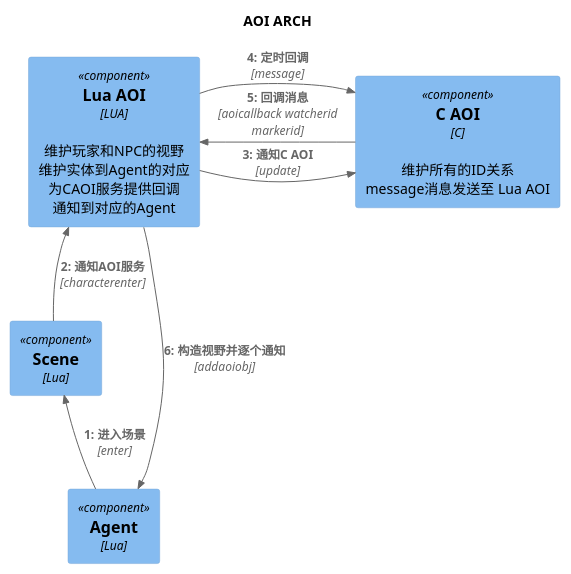
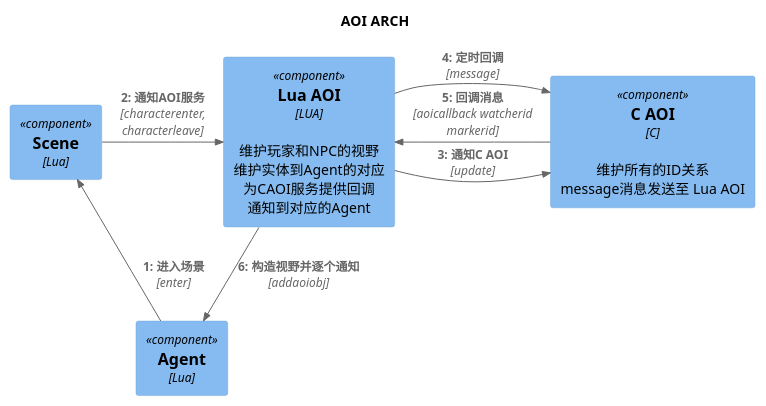
Before and after one commit to Gowa2017/skynetgame: the diagram in lualib-src/skynet-aoi/ARCH.puml, drawn with PlantUML.

Commit message:
aoi arch puml

```diff
--- a/lualib-src/skynet-aoi/ARCH.puml
+++ b/lualib-src/skynet-aoi/ARCH.puml
@@ -1,17 +1,22 @@
 @startuml AOI
 title AOI ARCH
+
+skinparam DefaultFontName WenQuanYi Zen Hei
+skinparam DefaultMonospacedFontName UbuntuMono-R
+
+
 !include C4_Dynamic.puml
 
 Component(aoi, "Lua AOI", "LUA","维护玩家和NPC的视野\n维护实体到Agent的对应\n为CAOI服务提供回调\n通知到对应的Agent")
 Component(caoi, "C AOI", "C","维护所有的ID关系\nmessage消息发送至 Lua AOI")
 Component(scene, "Scene", "Lua")
 Component(agent, "Agent", "Lua")
 
 Rel_U(agent, scene, "进入场景","enter")
-Rel_U(scene, aoi, "通知AOI服务","characterenter")
-Rel_R(aoi, caoi, "通知C AOI","update")
+Rel_Neighbor(scene, aoi, "通知AOI服务","characterenter, characterleave")
+Rel_Neighbor(aoi, caoi, "通知C AOI","update")
 
-Rel_R(aoi,caoi,"定时回调","message")
-Rel_L(caoi,aoi,"回调消息","aoicallback watcherid markerid")
-Rel(aoi, agent,"构造视野并逐个通知","addaoiobj")
+Rel_Neighbor(aoi,caoi,"定时回调","message")
+Rel_Neighbor(caoi,aoi,"回调消息","aoicallback watcherid markerid")
+Rel_D(aoi, agent,"构造视野并逐个通知","addaoiobj")
 @enduml
```
